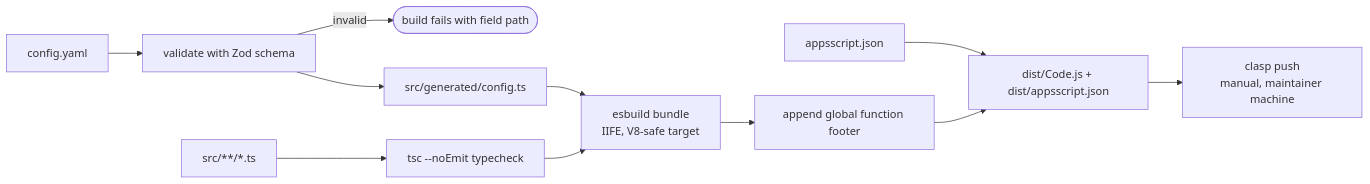
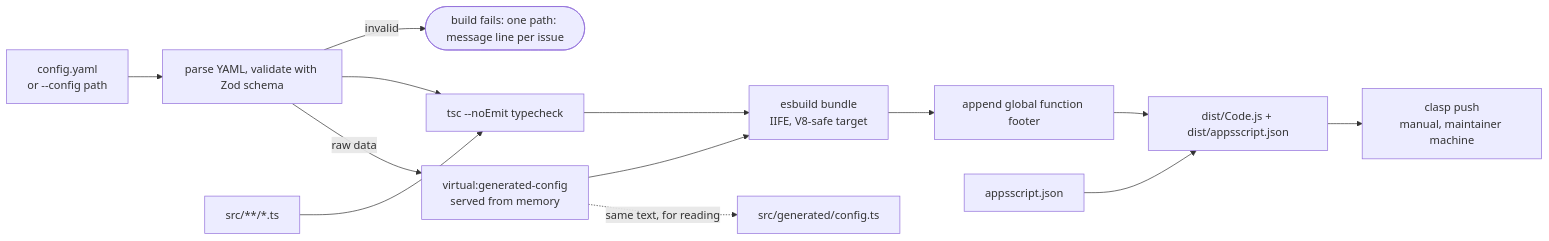
Before and after one commit to kellystuard/jev-gmail-classifier: the fifth of 5 diagrams in output/solution-design.md, drawn with Mermaid. The commit also changed other lines of this file and 24 other files, not shown here.

First line of the commit message:
build(config): validate config.yaml at build time and embed it (#191)

````diff
--- a/output/solution-design.md
+++ b/output/solution-design.md
@@ -642,13 +642,15 @@
 ```mermaid
 flowchart LR
-  yaml[config.yaml] --> validate[validate with Zod schema]
-  validate -->|invalid| fail([build fails with field path])
-  validate --> gen[src/generated/config.ts]
-  src[src/**/*.ts] --> tsc[tsc --noEmit typecheck]
-  gen --> bundle
+  yaml["config.yaml<br/>or --config path"] --> validate[parse YAML, validate with Zod schema]
+  validate -->|invalid| fail([build fails: one path: message line per issue])
+  validate --> tsc[tsc --noEmit typecheck]
+  src[src/**/*.ts] --> tsc
+  validate -->|raw data| virtual[virtual:generated-config<br/>served from memory]
+  virtual --> bundle
   tsc --> bundle[esbuild bundle<br/>IIFE, V8-safe target]
   bundle --> footer[append global function footer]
   manifest[appsscript.json] --> dist
   footer --> dist[dist/Code.js + dist/appsscript.json]
+  virtual -.->|same text, for reading| gen[src/generated/config.ts]
   dist --> clasp[clasp push<br/>manual, maintainer machine]
 ```
````
